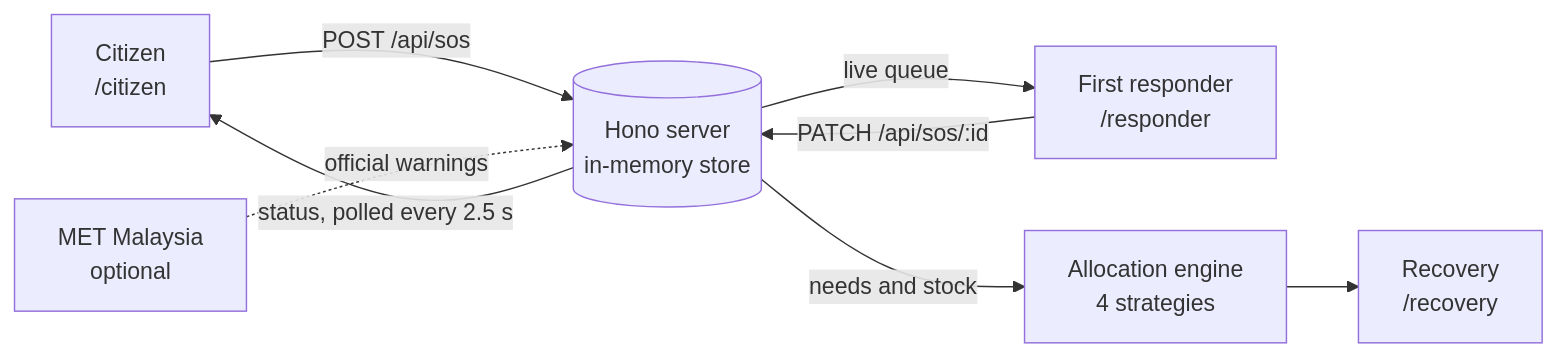
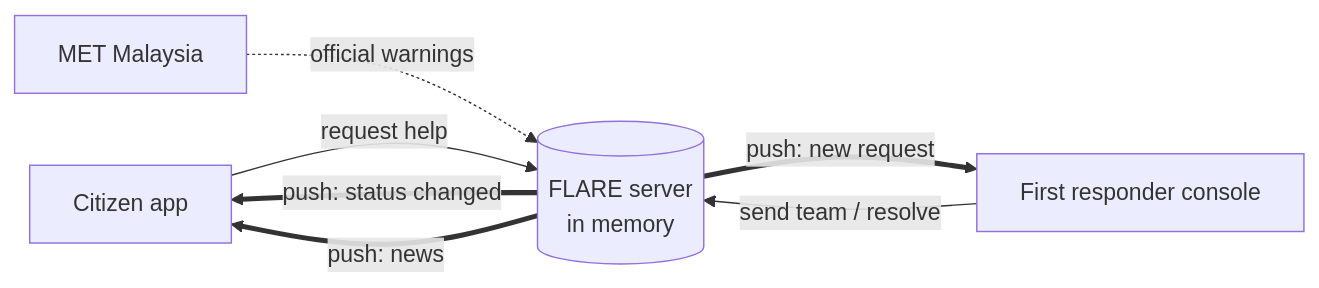
Before and after one commit to circleismyfavshape/Hackathon-US-US-US: the diagram in README.md, drawn with Mermaid. The commit also changed other lines of this file and 12 other files, not shown here.

````diff
--- a/README.md
+++ b/README.md
@@ -92,10 +102,9 @@
 ```mermaid
 flowchart LR
-    C[Citizen<br/>/citizen] -- "POST /api/sos" --> S[(Hono server<br/>in-memory store)]
-    S -- "status, polled every 2.5 s" --> C
-    R[First responder<br/>/responder] -- "PATCH /api/sos/:id" --> S
-    S -- "live queue" --> R
-    S -- "needs and stock" --> E[Allocation engine<br/>4 strategies]
-    E --> V[Recovery<br/>/recovery]
-    M[MET Malaysia<br/>optional] -. "official warnings" .-> S
+    P[Citizen app] -- "request help" --> S[(FLARE server<br/>in memory)]
+    S == "push: status changed" ==> P
+    R[First responder console] -- "send team / resolve" --> S
+    S == "push: new request" ==> R
+    M[MET Malaysia] -. "official warnings" .-> S
+    S == "push: news" ==> P
 ```
````
